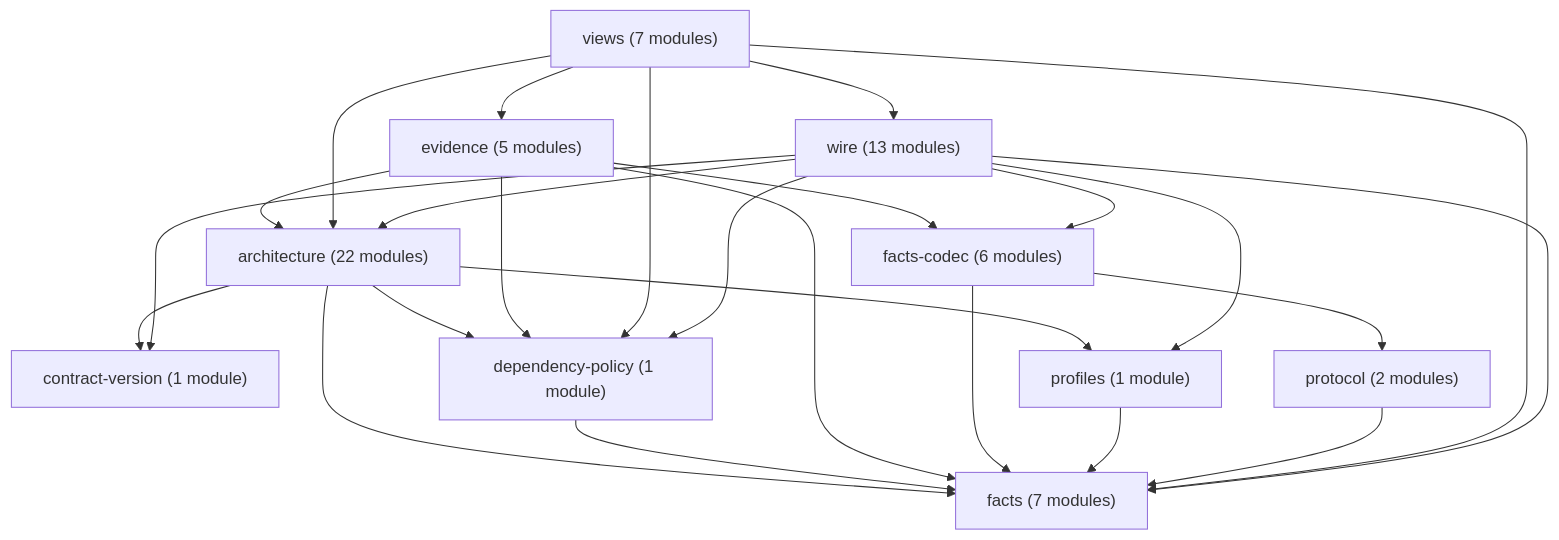
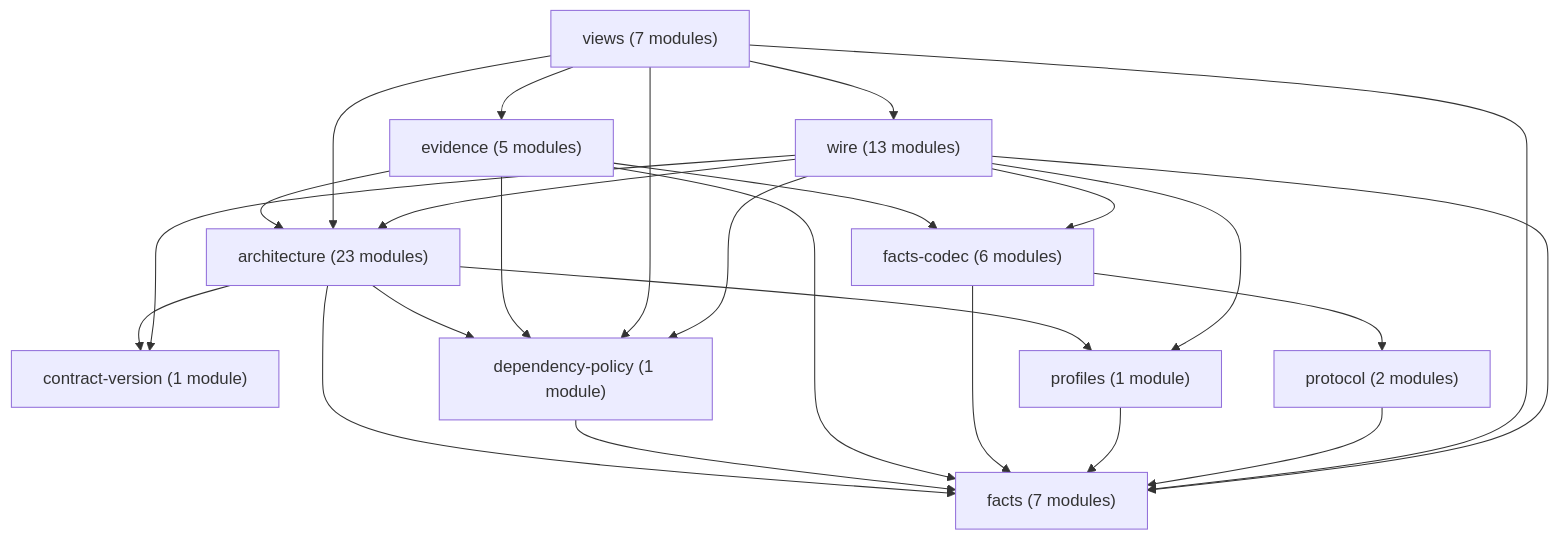
One commit to rapiddweller/archkeel changed the diagram in docs/architecture/ir-owners.md. Above: the diagram before and after it, drawn with Mermaid. The commit also changed other lines of this file and 26 other files, not shown here.

````diff
--- a/docs/architecture/ir-owners.md
+++ b/docs/architecture/ir-owners.md
@@ -35,37 +35,37 @@
 ```mermaid
 graph TD
-    n_0["architecture (22 modules)"]
+    n_0["architecture (23 modules)"]
     n_1["contract-version (1 module)"]
     n_2["dependency-policy (1 module)"]
     n_3["evidence (5 modules)"]
     n_4["facts (7 modules)"]
     n_5["facts-codec (6 modules)"]
     n_6["profiles (1 module)"]
     n_7["protocol (2 modules)"]
     n_8["views (7 modules)"]
     n_9["wire (13 modules)"]
     n_0 --> n_1
     n_0 --> n_2
     n_0 --> n_4
     n_0 --> n_6
     n_2 --> n_4
     n_3 --> n_0
     n_3 --> n_2
     n_3 --> n_4
     n_3 --> n_5
     n_5 --> n_4
     n_5 --> n_7
     n_6 --> n_4
     n_7 --> n_4
     n_8 --> n_0
     n_8 --> n_2
     n_8 --> n_3
     n_8 --> n_4
     n_8 --> n_9
     n_9 --> n_0
     n_9 --> n_1
     n_9 --> n_2
     n_9 --> n_4
     n_9 --> n_5
     n_9 --> n_6
 ```
````
